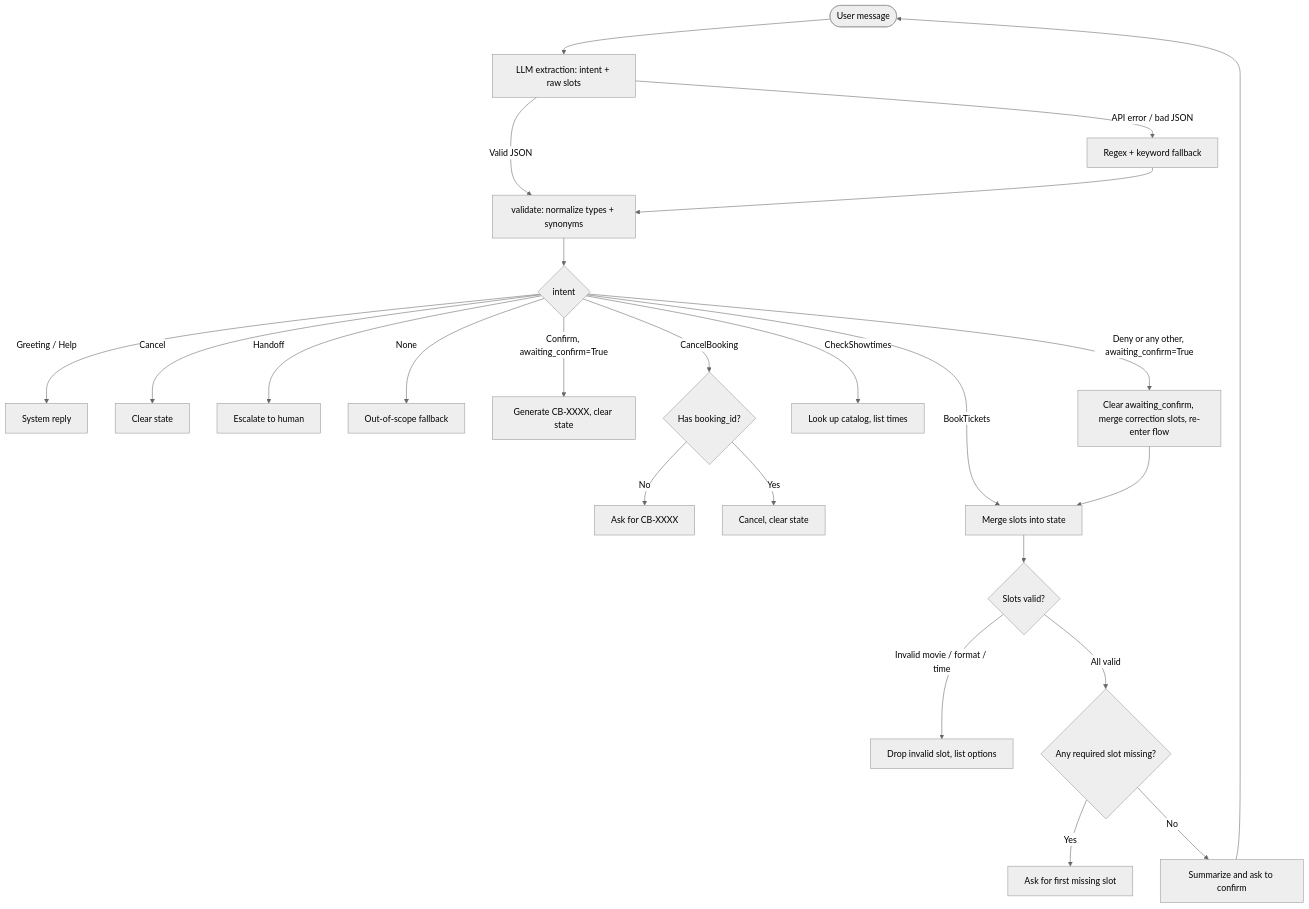
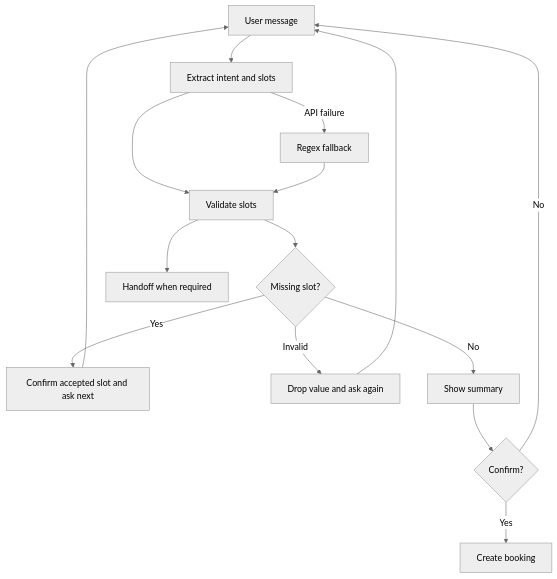
Before and after one commit to Leonard-P/cinemabot-midterm: the diagram in Design.md, drawn with Mermaid (neutral theme). The commit also changed other lines of this file and 14 other files, not shown here.

````diff
--- a/Design.md
+++ b/Design.md
@@ -71,31 +73,17 @@
 ```mermaid
 flowchart TD
-    Start([User message]) --> LLM[LLM extraction: intent + raw slots]
-    LLM -->|API error / bad JSON| Regex[Regex + keyword fallback]
-    LLM -->|Valid JSON| Val[validate: normalize types + synonyms]
-    Regex --> Val
-
-    Val --> Route{intent}
-
-    Route -->|Greeting / Help| Sys[System reply]
-    Route -->|Cancel| Clear[Clear state]
-    Route -->|Handoff| Human[Escalate to human]
-    Route -->|None| OOS[Out-of-scope fallback]
-
-    Route -->|Confirm, awaiting_confirm=True| Book[Generate CB-XXXX, clear state]
-    Route -->|Deny or any other, awaiting_confirm=True| ClearConfirm[Clear awaiting_confirm, merge correction slots, re-enter flow]
-
-    Route -->|CheckShowtimes| Catalog[Look up catalog, list times]
-    Route -->|CancelBooking| CancelID{Has booking_id?}
-    CancelID -->|No| AskID[Ask for CB-XXXX]
-    CancelID -->|Yes| CancelDone[Cancel, clear state]
-
-    Route -->|BookTickets| Merge[Merge slots into state]
-    ClearConfirm --> Merge
-    Merge --> Valid{Slots valid?}
-    Valid -->|Invalid movie / format / time| Clarify[Drop invalid slot, list options]
-    Valid -->|All valid| Missing{Any required slot missing?}
-    Missing -->|Yes| Ask[Ask for first missing slot]
-    Missing -->|No| Confirm2[Summarize and ask to confirm]
-    Confirm2 --> Start
+    A[User message] --> B[Extract intent and slots]
+    B -->|API failure| C[Regex fallback]
+    B --> D[Validate slots]
+    C --> D
+    D --> E{Missing slot?}
+    E -->|Yes| F[Confirm accepted slot and ask next]
+    F --> A
+    E -->|Invalid| G[Drop value and ask again]
+    G --> A
+    E -->|No| H[Show summary]
+    H --> I{Confirm?}
+    I -->|Yes| J[Create booking]
+    I -->|No| A
+    D --> K[Handoff when required]
 ```
````
